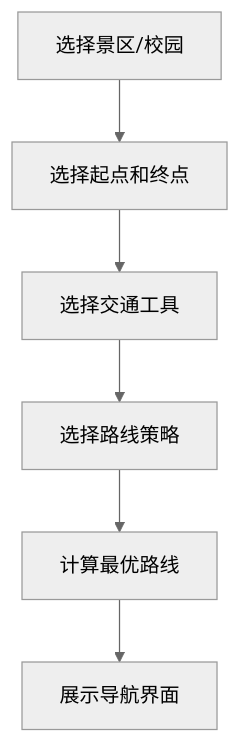
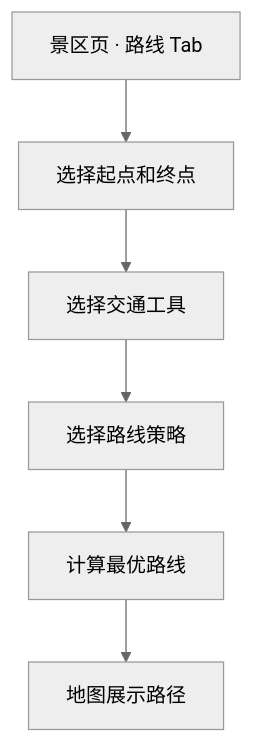
The third of 5 diagrams in docs/Requirements/Requirements Documendation.md (Max1122Chen/PTRS), drawn with Mermaid (neutral theme) before and after one commit. The commit also changed other lines of this file and 22 other files, not shown here.

````diff
--- a/docs/Requirements/Requirements Documendation.md
+++ b/docs/Requirements/Requirements Documendation.md
@@ -169,8 +200,8 @@
 ```mermaid
 flowchart TD
-    A[选择景区/校园] --> B[选择起点和终点]
+    A[景区页 · 路线 Tab] --> B[选择起点和终点]
     B --> C[选择交通工具]
     C --> D[选择路线策略]
     D --> E[计算最优路线]
-    E --> F[展示导航界面]
+    E --> F[地图展示路径]
 ```
````
